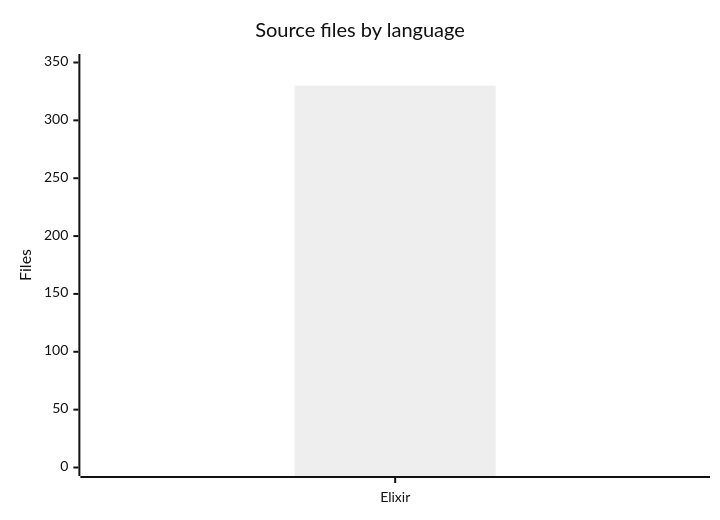
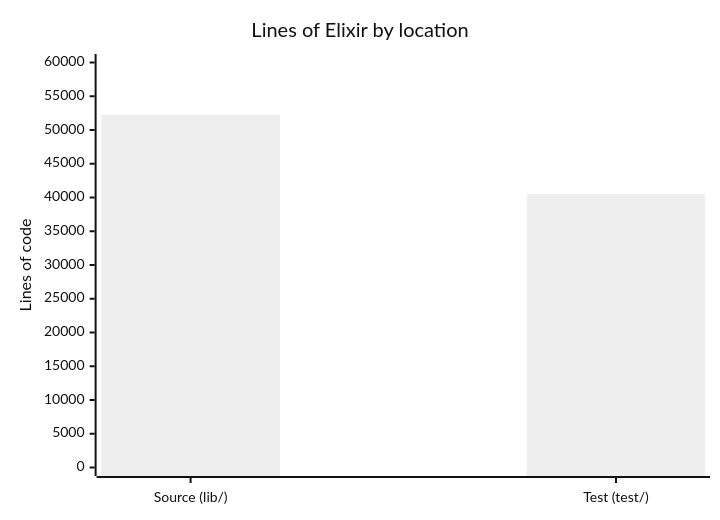
One commit to robertguss/software-factory-ai changed the diagram in droid-wiki/by-the-numbers.md. Above: the diagram before and after it, drawn with Mermaid (neutral theme). The commit also changed other lines of this file and 56 other files, not shown here.

````diff
--- a/droid-wiki/by-the-numbers.md
+++ b/droid-wiki/by-the-numbers.md
@@ -28,7 +26,7 @@
 ```mermaid
 xychart-beta
-    title "Source files by language"
-    x-axis ["Elixir"]
-    y-axis "Files" 0 --> 350
-    bar [330]
+    title "Lines of Elixir by location"
+    x-axis ["Source (lib/)", "Test (test/)"]
+    y-axis "Lines of code" 0 --> 60000
+    bar [52270, 40495]
 ```
````
